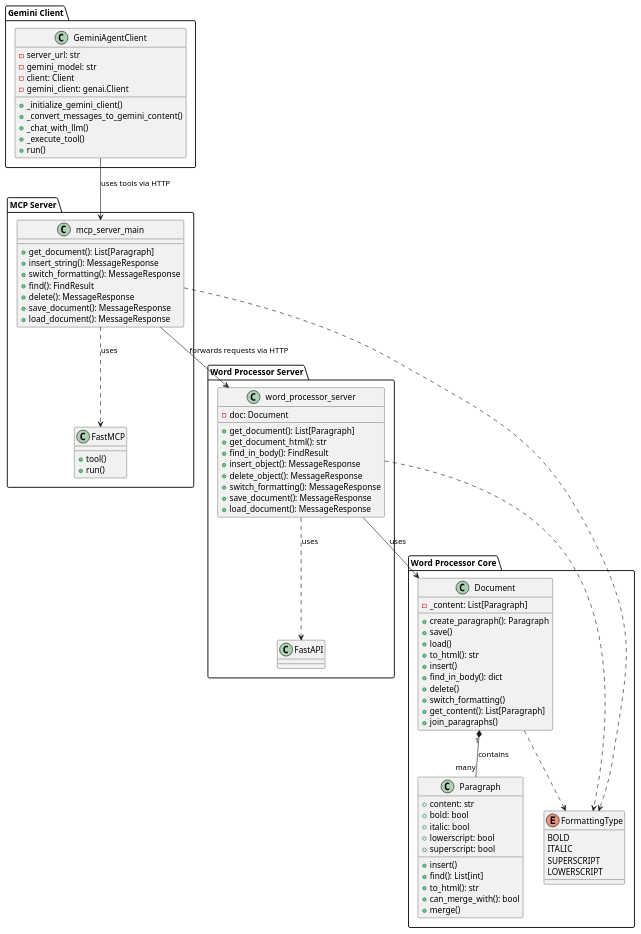
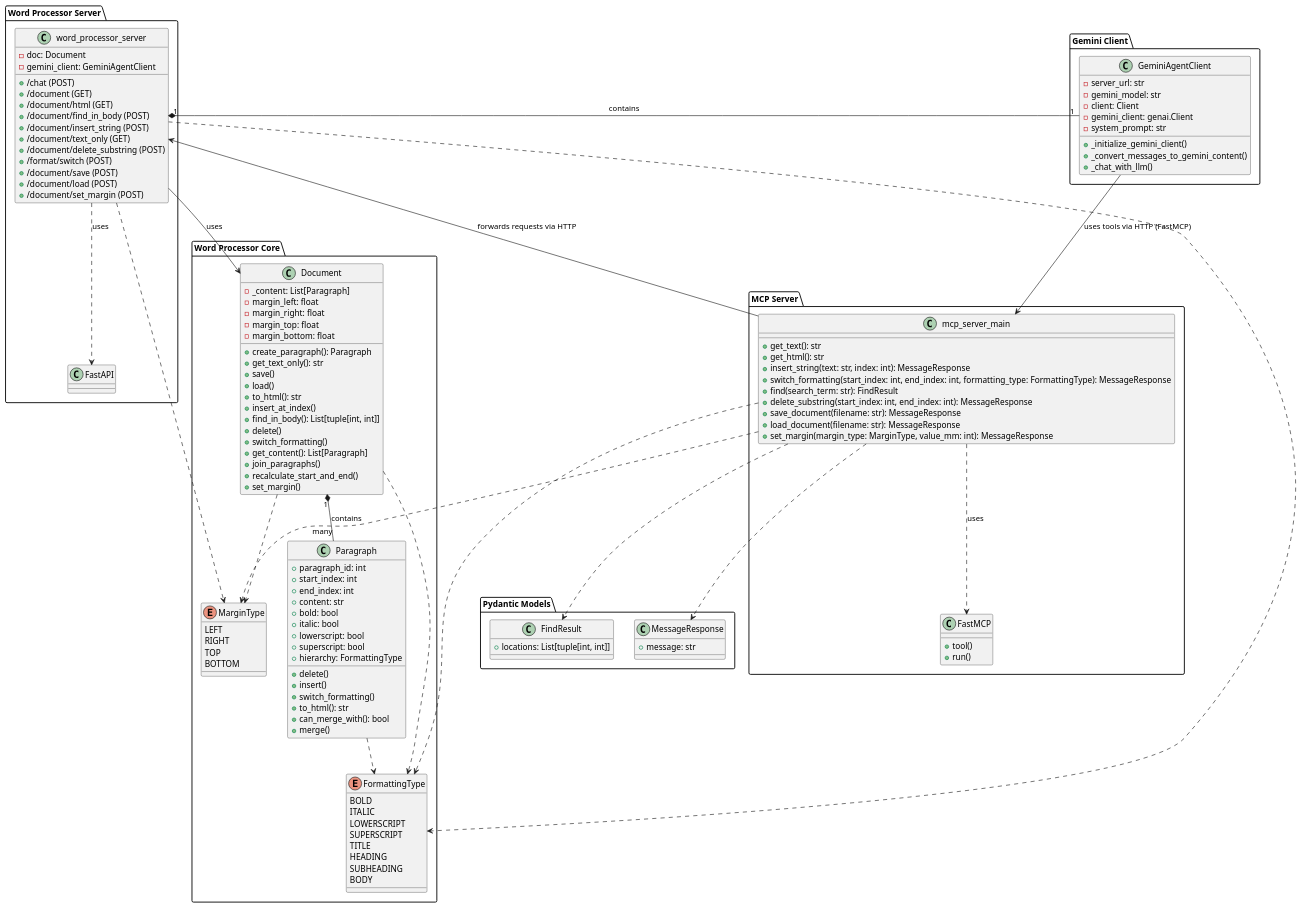
The diagram in class_diagram.puml (NeoAsylum/llm_first_word_editor), drawn with PlantUML before and after one commit. The commit also changed 4 other files, not shown here.

```diff
--- a/class_diagram.puml
+++ b/class_diagram.puml
@@ -1,100 +1,148 @@
 @startuml
 ' skinparam linetype ortho
 
 package "Gemini Client" {
   class GeminiAgentClient {
     - server_url: str
     - gemini_model: str
     - client: Client
     - gemini_client: genai.Client
+    - system_prompt: str
     + _initialize_gemini_client()
     + _convert_messages_to_gemini_content()
     + _chat_with_llm()
-    + _execute_tool()
-    + run()
   }
 }
 
 package "MCP Server" {
   class FastMCP {
     + tool()
     + run()
   }
 
   class "mcp_server_main" as mcp_server_main {
-    + get_document(): List[Paragraph]
-    + insert_string(): MessageResponse
-    + switch_formatting(): MessageResponse
-    + find(): FindResult
-    + delete(): MessageResponse
-    + save_document(): MessageResponse
-    + load_document(): MessageResponse
+    + get_text(): str
+    + get_html(): str
+    + insert_string(text: str, index: int): MessageResponse
+    + switch_formatting(start_index: int, end_index: int, formatting_type: FormattingType): MessageResponse
+    + find(search_term: str): FindResult
+    + delete_substring(start_index: int, end_index: int): MessageResponse
+    + save_document(filename: str): MessageResponse
+    + load_document(filename: str): MessageResponse
+    + set_margin(margin_type: MarginType, value_mm: int): MessageResponse
   }
+  
+  mcp_server_main ..> FastMCP : "uses"
 }
 
 package "Word Processor Server" {
   class FastAPI {
   }
+  
   class "word_processor_server" as word_processor_server {
     - doc: Document
-    + get_document(): List[Paragraph]
-    + get_document_html(): str
-    + find_in_body(): FindResult
-    + insert_object(): MessageResponse
-    + delete_object(): MessageResponse
-    + switch_formatting(): MessageResponse
-    + save_document(): MessageResponse
-    + load_document(): MessageResponse
+    - gemini_client: GeminiAgentClient
+    + /chat (POST)
+    + /document (GET)
+    + /document/html (GET)
+    + /document/find_in_body (POST)
+    + /document/insert_string (POST)
+    + /document/text_only (GET)
+    + /document/delete_substring (POST)
+    + /format/switch (POST)
+    + /document/save (POST)
+    + /document/load (POST)
+    + /document/set_margin (POST)
   }
+  
+  word_processor_server ..> FastAPI : "uses"
+  word_processor_server "1" *-- "1" GeminiAgentClient : "contains"
 }
 
 package "Word Processor Core" {
   class Document {
     - _content: List[Paragraph]
+    - margin_left: float
+    - margin_right: float
+    - margin_top: float
+    - margin_bottom: float
     + create_paragraph(): Paragraph
+    + get_text_only(): str
     + save()
     + load()
     + to_html(): str
-    + insert()
-    + find_in_body(): dict
+    + insert_at_index()
+    + find_in_body(): List[tuple[int, int]]
     + delete()
     + switch_formatting()
     + get_content(): List[Paragraph]
     + join_paragraphs()
+    + recalculate_start_and_end()
+    + set_margin()
   }
 
   class Paragraph {
+    + paragraph_id: int
+    + start_index: int
+    + end_index: int
     + content: str
     + bold: bool
     + italic: bool
     + lowerscript: bool
     + superscript: bool
+    + hierarchy: FormattingType
+    + delete()
     + insert()
-    + find(): List[int]
+    + switch_formatting()
     + to_html(): str
     + can_merge_with(): bool
     + merge()
   }
 
   enum FormattingType {
     BOLD
     ITALIC
+    LOWERSCRIPT
     SUPERSCRIPT
-    LOWERSCRIPT
+    TITLE
+    HEADING
+    SUBHEADING
+    BODY
+  }
+  
+  enum MarginType {
+    LEFT
+    RIGHT
+    TOP
+    BOTTOM
   }
 }
 
+package "Pydantic Models" {
+    class FindResult {
+        + locations: List[tuple[int, int]]
+    }
+    class MessageResponse {
+        + message: str
+    }
+}
+
+
 ' Relationships
-GeminiAgentClient --> mcp_server_main : "uses tools via HTTP"
+GeminiAgentClient --> mcp_server_main : "uses tools via HTTP (FastMCP)"
 mcp_server_main --> word_processor_server : "forwards requests via HTTP"
 word_processor_server --> Document : "uses"
 Document "1" *-- "many" Paragraph : "contains"
+
 word_processor_server ..> FormattingType
+word_processor_server ..> MarginType
 Document ..> FormattingType
+Document ..> MarginType
+Paragraph ..> FormattingType
 mcp_server_main ..> FormattingType
-
-mcp_server_main ..> FastMCP : "uses"
-word_processor_server ..> FastAPI : "uses"
+mcp_server_main ..> MarginType
+mcp_server_main ..> FindResult
+mcp_server_main ..> MessageResponse
 
 
 @enduml
```
